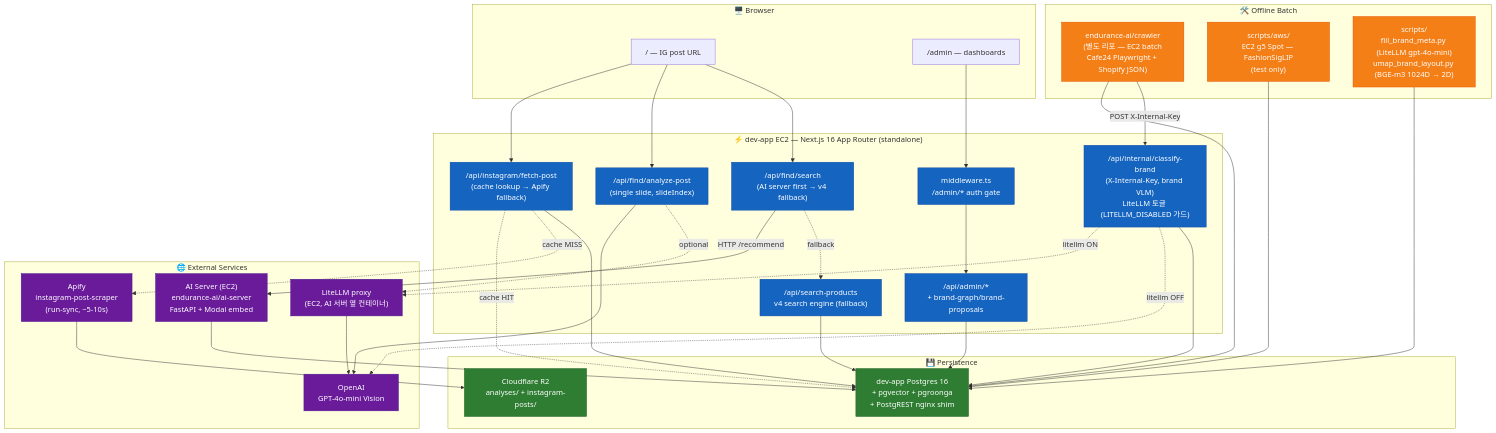
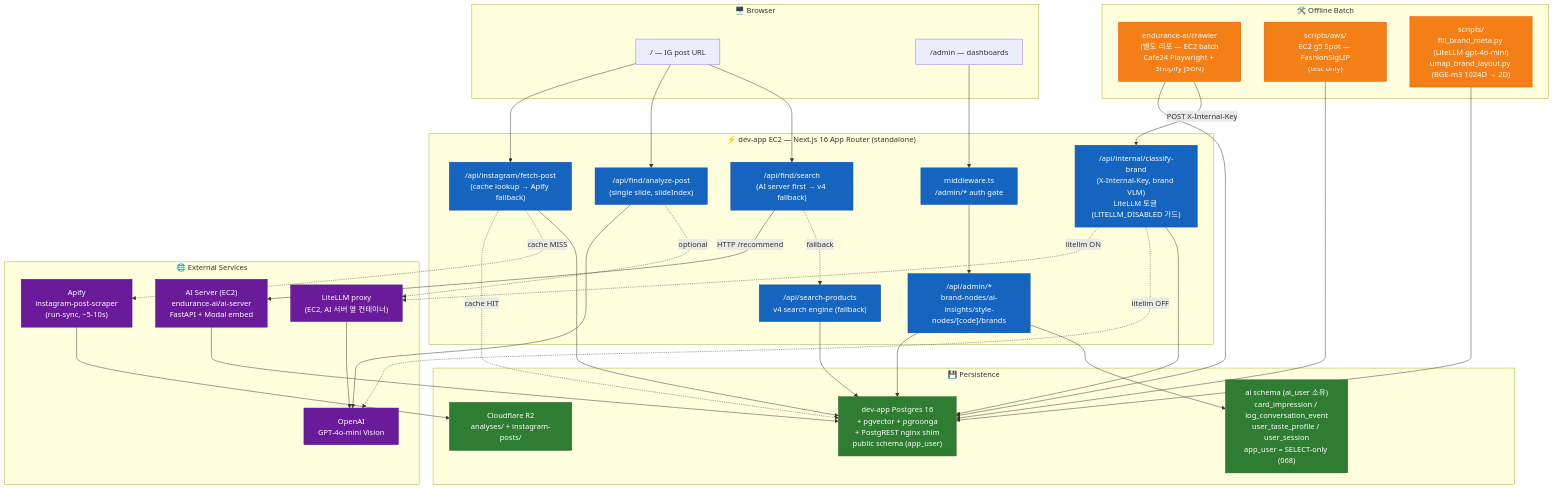
The diagram in docs/ARCHITECTURE.md (endurance-ai/portal.ai), drawn with Mermaid before and after one commit. The commit also changed other lines of this file and 40 other files, not shown here.

First line of the commit message:
feat(admin): 어드민 reskin + AI 인사이트 + brand_nodes 슬림화 (067/068) (#56)

````diff
--- a/docs/ARCHITECTURE.md
+++ b/docs/ARCHITECTURE.md
@@ -35,72 +35,74 @@
 ```mermaid
 graph TB
     subgraph Browser["🖥️ Browser"]
         U1["/ — IG post URL"]
         U2["/admin — dashboards"]
     end
 
     subgraph Vercel["⚡ dev-app EC2 — Next.js 16 App Router (standalone)"]
         MW["middleware.ts<br/>/admin/* auth gate"]
         API_IG["/api/instagram/fetch-post<br/>(cache lookup → Apify fallback)"]
         API_FIND_AN["/api/find/analyze-post<br/>(single slide, slideIndex)"]
         API_FIND_S["/api/find/search<br/>(AI server first → v4 fallback)"]
         API_SEARCH["/api/search-products<br/>v4 search engine (fallback)"]
-        API_ADMIN["/api/admin/*<br/>+ brand-graph/brand-proposals"]
+        API_ADMIN["/api/admin/*<br/>brand-nodes/ai-insights/style-nodes/[code]/brands"]
         API_INTERNAL["/api/internal/classify-brand<br/>(X-Internal-Key, brand VLM)<br/>LiteLLM 토글 (LITELLM_DISABLED 가드)"]
     end
 
     subgraph External["🌐 External Services"]
         APIFY["Apify<br/>instagram-post-scraper<br/>(run-sync, ~5-10s)"]
         OAI["OpenAI<br/>GPT-4o-mini Vision"]
         AISERVER["AI Server (EC2)<br/>endurance-ai/ai-server<br/>FastAPI + Modal embed"]
         LITELLM["LiteLLM proxy<br/>(EC2, AI 서버 옆 컨테이너)"]
     end
 
     subgraph Data["💾 Persistence"]
-        SB["dev-app Postgres 16<br/>+ pgvector + pgroonga<br/>+ PostgREST nginx shim"]
+        SB["dev-app Postgres 16<br/>+ pgvector + pgroonga<br/>+ PostgREST nginx shim<br/>public schema (app_user)"]
+        AIDB["ai schema (ai_user 소유)<br/>card_impression / log_conversation_event<br/>user_taste_profile / user_session<br/>app_user = SELECT-only (068)"]
         R2["Cloudflare R2<br/>analyses/ + instagram-posts/"]
     end
 
     subgraph Batch["🛠️ Offline Batch"]
         CRAWL["endurance-ai/crawler<br/>(별도 리포 — EC2 batch<br/>Cafe24 Playwright + Shopify JSON)"]
         EMBED["scripts/aws/<br/>EC2 g5 Spot — FashionSigLIP<br/>(test only)"]
         BRANDSCRIPTS["scripts/<br/>fill_brand_meta.py (LiteLLM gpt-4o-mini)<br/>umap_brand_layout.py (BGE-m3 1024D → 2D)"]
     end
 
     U1 --> API_IG
     API_IG -. cache HIT .-> SB
     API_IG -. cache MISS .-> APIFY
     APIFY --> R2
     API_IG --> SB
 
     U1 --> API_FIND_AN
     API_FIND_AN --> OAI
     API_FIND_AN -.optional.-> LITELLM --> OAI
 
     U1 --> API_FIND_S
     API_FIND_S -->|HTTP /recommend| AISERVER
     API_FIND_S -. fallback .-> API_SEARCH
     AISERVER --> SB
     API_SEARCH --> SB
 
     U2 --> MW --> API_ADMIN
     API_ADMIN --> SB
+    API_ADMIN --> AIDB
 
     CRAWL --> SB
     CRAWL -->|POST X-Internal-Key| API_INTERNAL
     API_INTERNAL -.litellm ON.-> LITELLM
     API_INTERNAL -.litellm OFF.-> OAI
     API_INTERNAL --> SB
     EMBED --> SB
     BRANDSCRIPTS --> SB
 
     classDef vercel fill:#1565c0,stroke:#0d47a1,color:#fff
     classDef ext fill:#6a1b9a,stroke:#4a148c,color:#fff
     classDef data fill:#2e7d32,stroke:#1b5e20,color:#fff
     classDef batch fill:#f57f17,stroke:#e65100,color:#fff
 
     class MW,API_SEARCH,API_IG,API_FIND_AN,API_FIND_S,API_ADMIN,API_INTERNAL vercel
     class APIFY,OAI,LITELLM,AISERVER ext
-    class SB,R2 data
+    class SB,R2,AIDB data
     class CRAWL,EMBED,BRANDSCRIPTS batch
 ```
````
